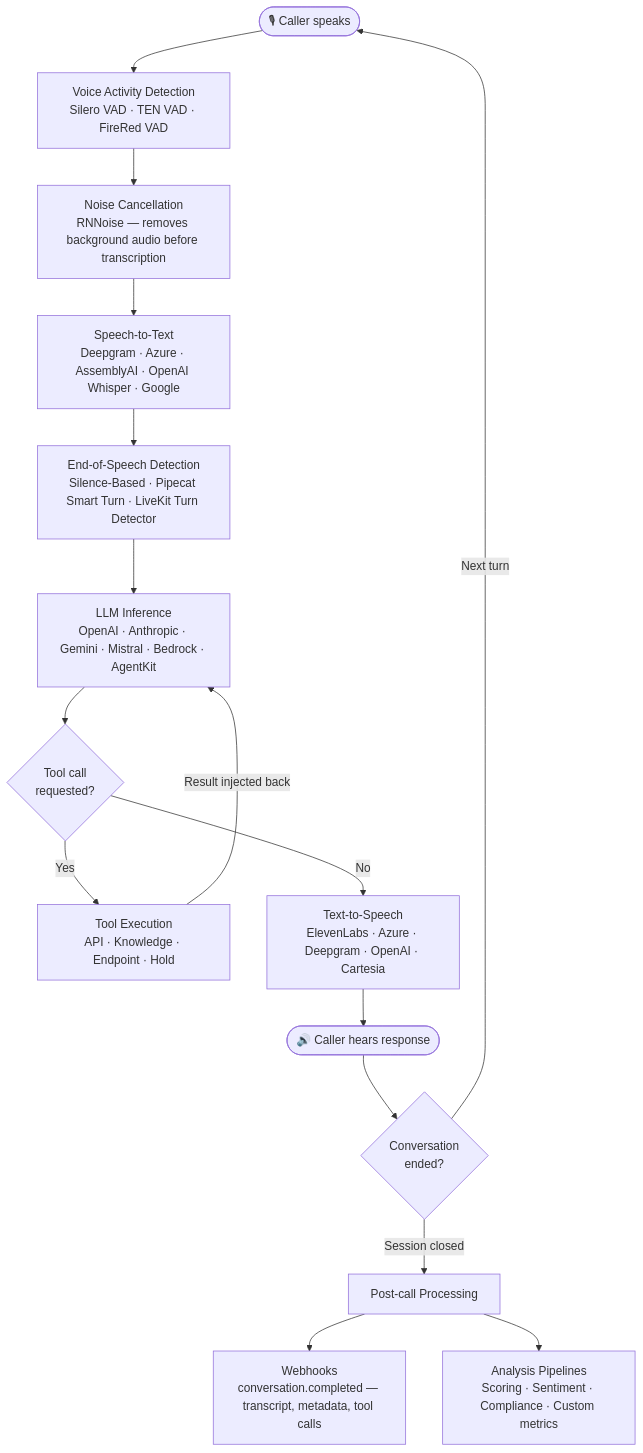
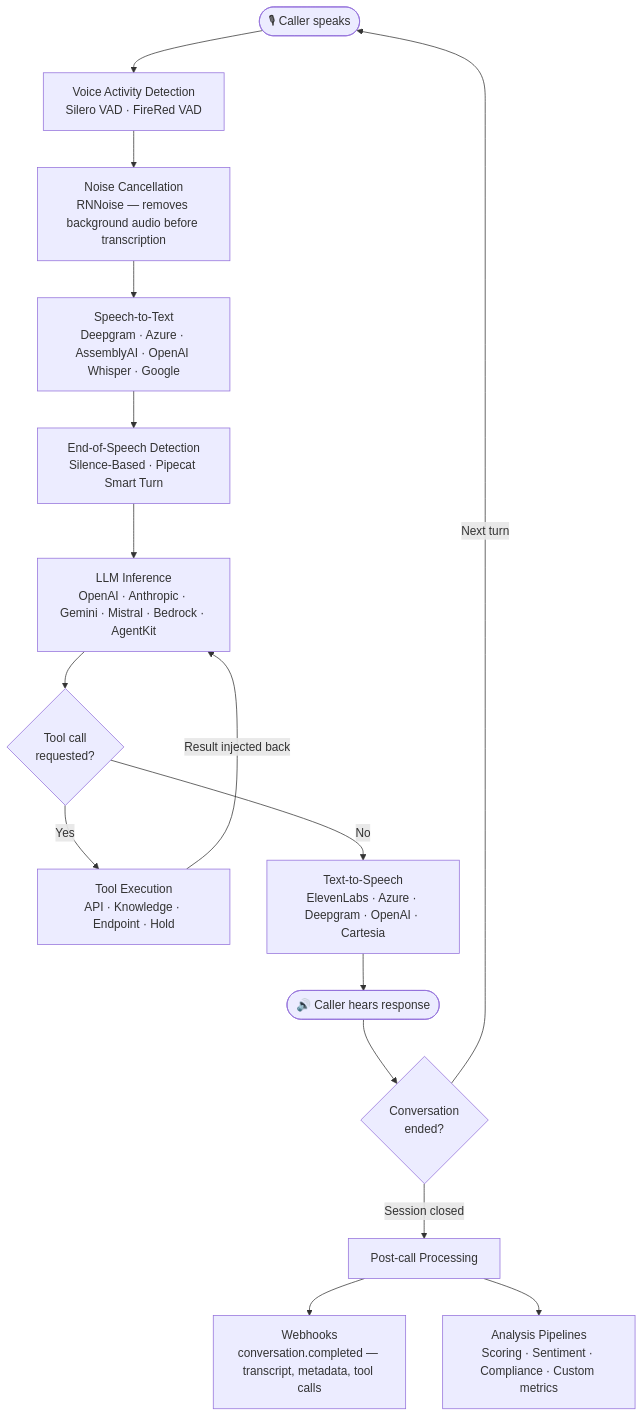
One commit to rapidaai/rapidaai-docs changed the first of 2 diagrams in assistants/overview.mdx. Above: the diagram before and after it, drawn with Mermaid. The commit also changed other lines of this file and 11 other files, not shown here.

````diff
--- a/assistants/overview.mdx
+++ b/assistants/overview.mdx
@@ -47,18 +47,18 @@
 ```mermaid
 flowchart TD
-    A(["🎙 Caller speaks"]) --> B["Voice Activity Detection\nSilero VAD · TEN VAD · FireRed VAD"]
+    A(["🎙 Caller speaks"]) --> B["Voice Activity Detection\nSilero VAD · FireRed VAD"]
     B --> C["Noise Cancellation\nRNNoise — removes background audio before transcription"]
     C --> D["Speech-to-Text\nDeepgram · Azure · AssemblyAI · OpenAI Whisper · Google"]
-    D --> E["End-of-Speech Detection\nSilence-Based · Pipecat Smart Turn · LiveKit Turn Detector"]
+    D --> E["End-of-Speech Detection\nSilence-Based · Pipecat Smart Turn"]
     E --> F["LLM Inference\nOpenAI · Anthropic · Gemini · Mistral · Bedrock · AgentKit"]
     F --> G{Tool call\nrequested?}
     G -->|Yes| H["Tool Execution\nAPI · Knowledge · Endpoint · Hold"]
     H -->|Result injected back| F
     G -->|No| I["Text-to-Speech\nElevenLabs · Azure · Deepgram · OpenAI · Cartesia"]
     I --> J(["🔊 Caller hears response"])
     J --> K{Conversation\nended?}
     K -->|Next turn| A
     K -->|Session closed| L["Post-call Processing"]
     L --> M["Webhooks\nconversation.completed — transcript, metadata, tool calls"]
     L --> N["Analysis Pipelines\nScoring · Sentiment · Compliance · Custom metrics"]
 ```
````
